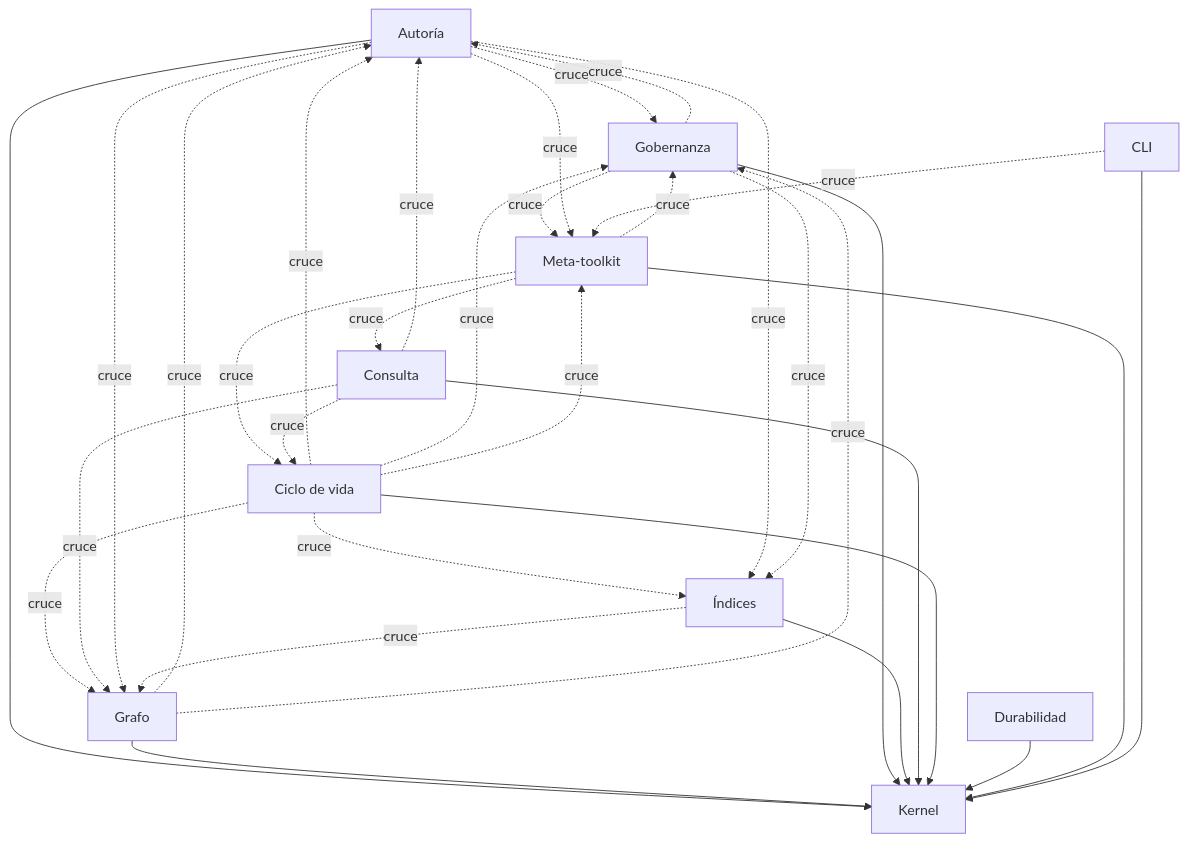
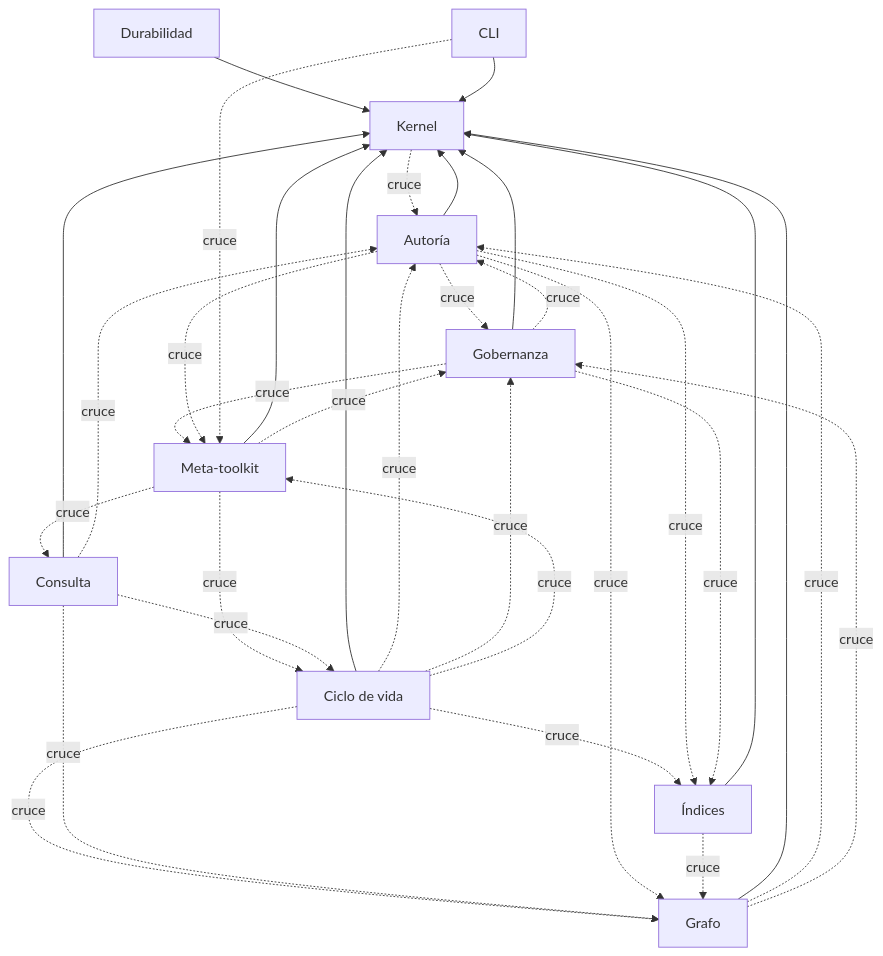
Before and after one commit to devcicm/Vault-Obsidian-Architecture: the diagram in docs/ARQUITECTURA.md, drawn with Mermaid. The commit also changed other lines of this file and 12 other files, not shown here.

````diff
--- a/docs/ARQUITECTURA.md
+++ b/docs/ARQUITECTURA.md
@@ -17,44 +17,45 @@
 ```mermaid
 graph TD
     kernel["Kernel"]
     autoria["Autoría"]
     grafo["Grafo"]
     gobernanza["Gobernanza"]
     indices["Índices"]
     consulta["Consulta"]
     ciclo_de_vida["Ciclo de vida"]
     durabilidad["Durabilidad"]
     meta_toolkit["Meta-toolkit"]
     cli["CLI"]
     autoria --> kernel
     grafo --> kernel
     gobernanza --> kernel
     indices --> kernel
     consulta --> kernel
     ciclo_de_vida --> kernel
     durabilidad --> kernel
     meta_toolkit --> kernel
     cli --> kernel
     meta_toolkit -.->|cruce| gobernanza
     autoria -.->|cruce| gobernanza
     grafo -.->|cruce| autoria
     consulta -.->|cruce| autoria
+    kernel -.->|cruce| autoria
     meta_toolkit -.->|cruce| consulta
     gobernanza -.->|cruce| meta_toolkit
     gobernanza -.->|cruce| autoria
     ciclo_de_vida -.->|cruce| indices
     ciclo_de_vida -.->|cruce| autoria
     ciclo_de_vida -.->|cruce| grafo
     ciclo_de_vida -.->|cruce| gobernanza
     meta_toolkit -.->|cruce| ciclo_de_vida
     ciclo_de_vida -.->|cruce| meta_toolkit
     consulta -.->|cruce| grafo
     autoria -.->|cruce| meta_toolkit
     autoria -.->|cruce| indices
     cli -.->|cruce| meta_toolkit
     autoria -.->|cruce| grafo
     consulta -.->|cruce| ciclo_de_vida
     gobernanza -.->|cruce| indices
     grafo -.->|cruce| gobernanza
     indices -.->|cruce| grafo
 ```
````
